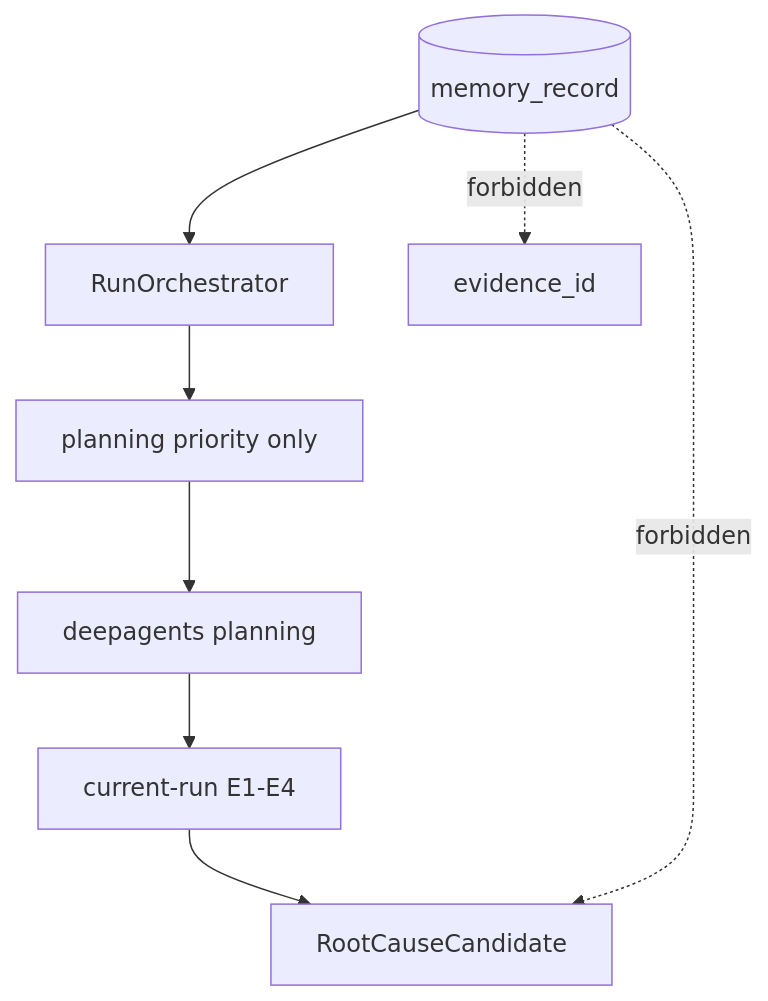
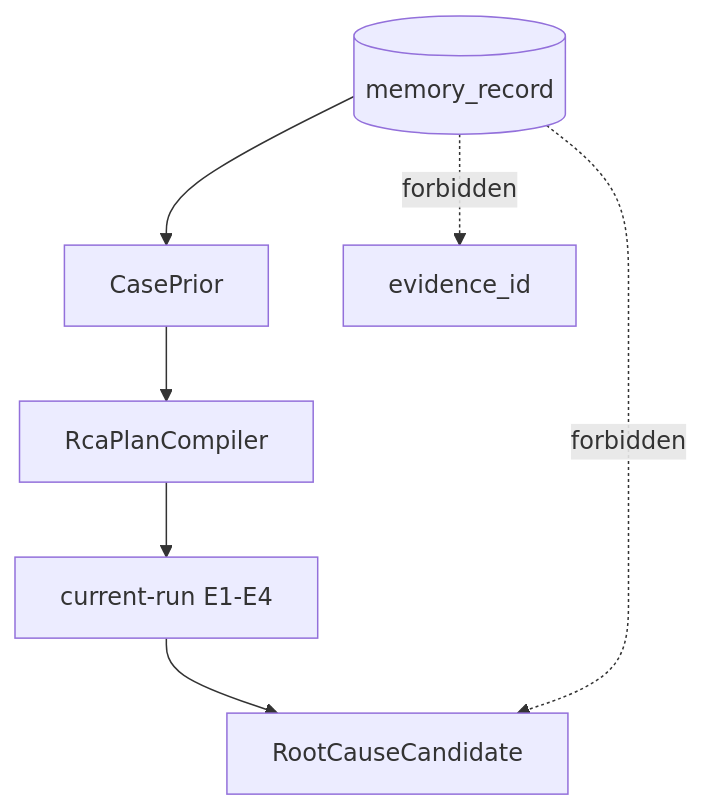
The sixth of 8 diagrams in docs/architecture.md (WOTMCCR/MetricRCA), drawn with Mermaid before and after one commit. The commit also changed other lines of this file and 62 other files, not shown here.

````diff
--- a/docs/architecture.md
+++ b/docs/architecture.md
@@ -92,10 +98,9 @@
 ```mermaid
 flowchart TD
-  Memory[(memory_record)] --> Orchestrator[RunOrchestrator]
-  Orchestrator --> Priority[planning priority only]
-  Priority --> Agent[deepagents planning]
-  Agent --> CurrentEvidence[current-run E1-E4]
+  Memory[(memory_record)] --> Prior[CasePrior]
+  Prior --> Compiler[RcaPlanCompiler]
+  Compiler --> CurrentEvidence[current-run E1-E4]
   CurrentEvidence --> Candidate[RootCauseCandidate]
   Memory -. forbidden .-> Candidate
   Memory -. forbidden .-> Evidence[evidence_id]
 ```
````
